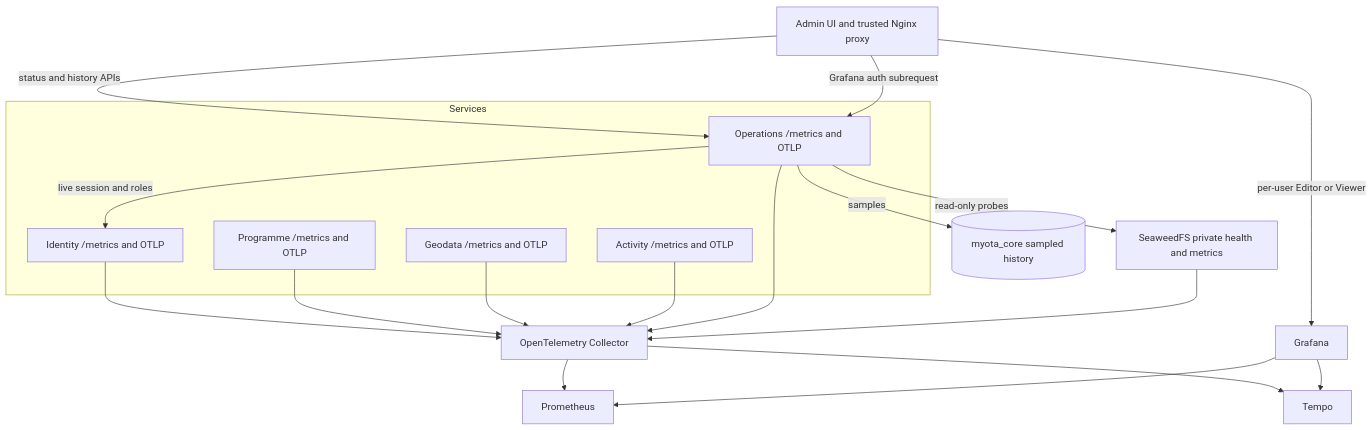
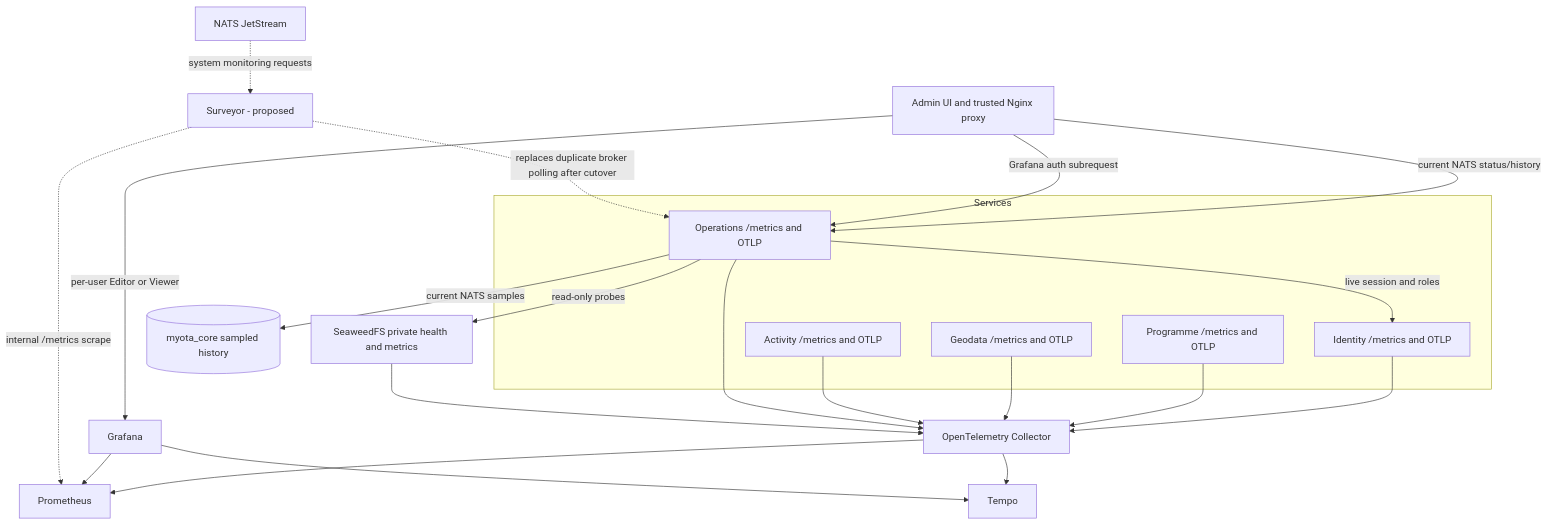
One commit to myota-platform/myota-docs changed the diagram in docs/architecture/diagrams/observability-architecture.md. Above: the diagram before and after it, drawn with Mermaid. The commit also changed other lines of this file, not shown here.

Commit message:
docs: show proposed Surveyor monitoring path

````diff
--- a/docs/architecture/diagrams/observability-architecture.md
+++ b/docs/architecture/diagrams/observability-architecture.md
@@ -3,33 +3,38 @@
 ```mermaid
 flowchart TB
   subgraph Services
     I[Identity /metrics and OTLP]
     P[Programme /metrics and OTLP]
     G[Geodata /metrics and OTLP]
     A[Activity /metrics and OTLP]
     O[Operations /metrics and OTLP]
   end
   C[OpenTelemetry Collector]
   PR[Prometheus]
   GR[Grafana]
   T[Tempo]
   SW[SeaweedFS private health and metrics]
   UI[Admin UI and trusted Nginx proxy]
   DB[(myota_core sampled history)]
+  N[NATS JetStream]
+  S[Surveyor - proposed]
   I --> C
   P --> C
   G --> C
   A --> C
   O --> C
   SW --> C
   O -->|read-only probes| SW
-  O -->|samples| DB
-  UI -->|status and history APIs| O
+  O -->|current NATS samples| DB
+  UI -->|current NATS status/history| O
   UI -->|Grafana auth subrequest| O
   O -->|live session and roles| I
   UI -->|per-user Editor or Viewer| GR
   C --> PR
   C --> T
   GR --> PR
   GR --> T
+  N -. system monitoring requests .-> S
+  S -. internal /metrics scrape .-> PR
+  S -. replaces duplicate broker polling after cutover .-> O
 ```
````
